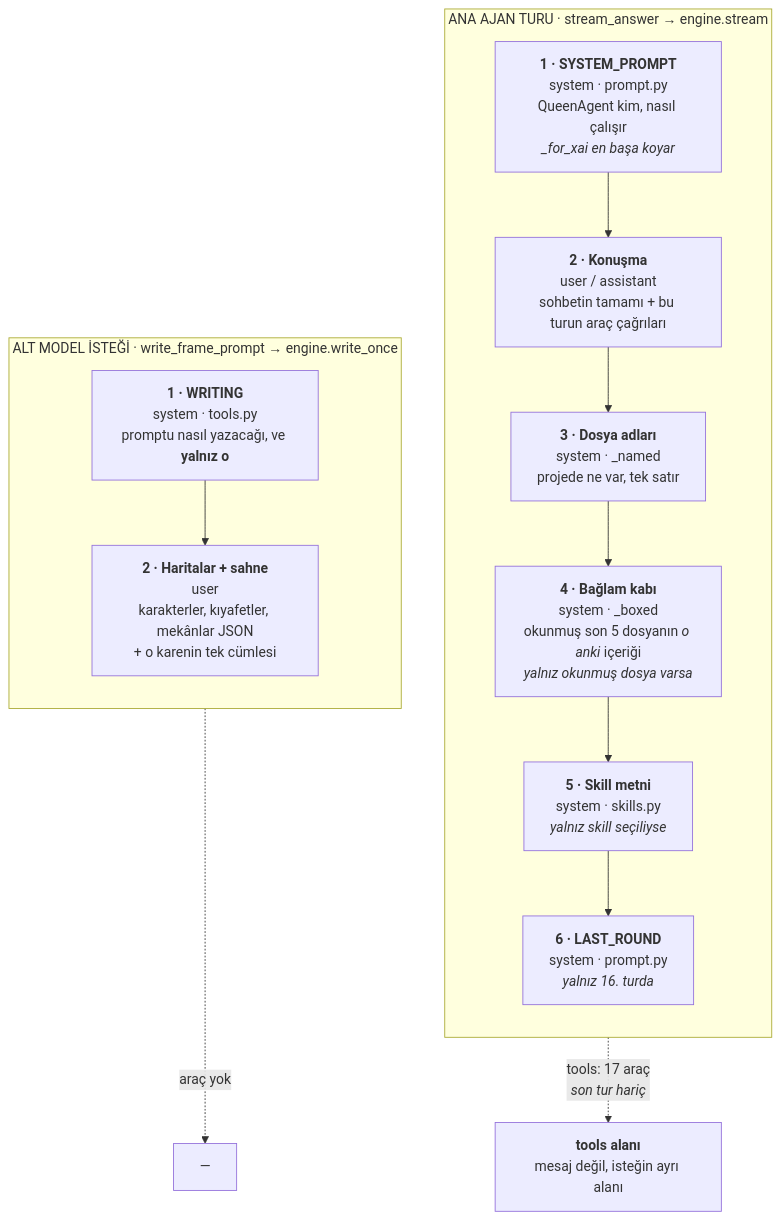
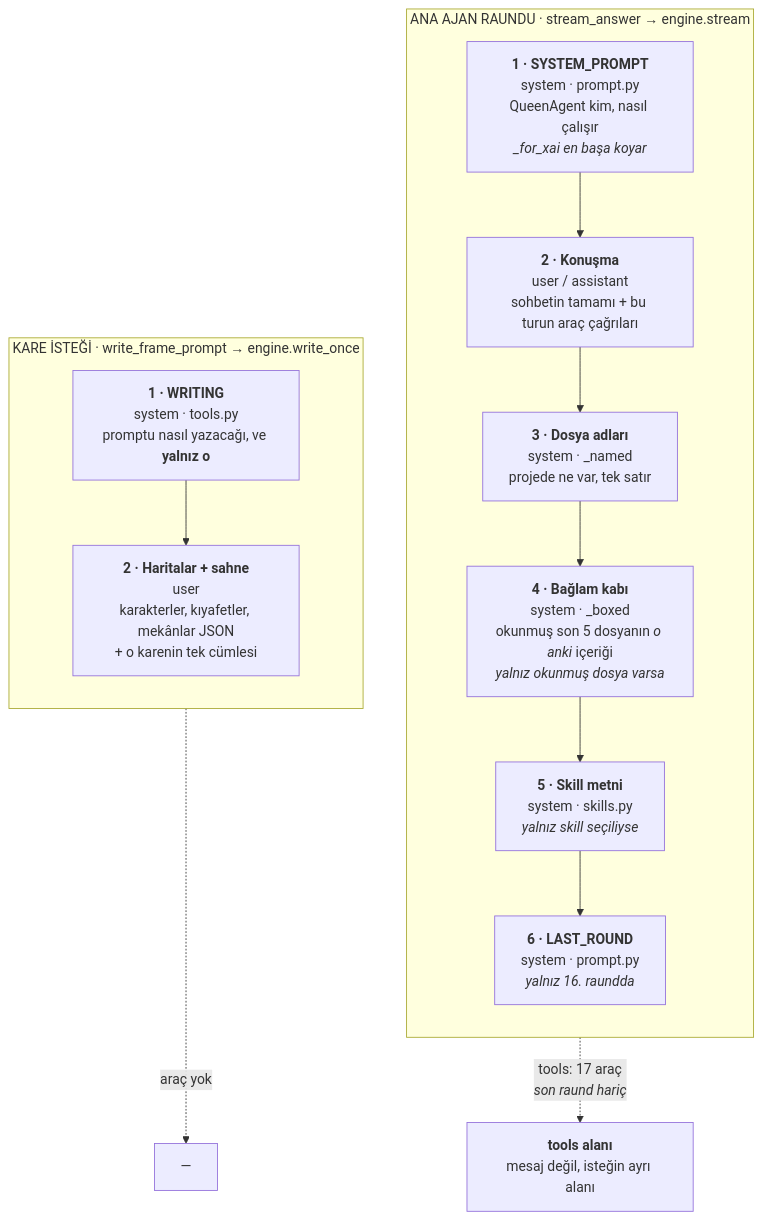
The diagram in docs/superpowers/research/2026-08-28-queenagent-promptlar.md (AltanBaysal/Internal-tools), drawn with Mermaid before and after one commit. The commit also changed other lines of this file, not shown here.

````diff
--- a/docs/superpowers/research/2026-08-28-queenagent-promptlar.md
+++ b/docs/superpowers/research/2026-08-28-queenagent-promptlar.md
@@ -17,21 +21,21 @@
 ```mermaid
 flowchart TB
-    subgraph A["ANA AJAN TURU · stream_answer → engine.stream"]
+    subgraph A["ANA AJAN RAUNDU · stream_answer → engine.stream"]
         direction TB
         A1["<b>1 · SYSTEM_PROMPT</b><br/>system · prompt.py<br/>QueenAgent kim, nasıl çalışır<br/><i>_for_xai en başa koyar</i>"]
         A2["<b>2 · Konuşma</b><br/>user / assistant<br/>sohbetin tamamı + bu turun araç çağrıları"]
         A3["<b>3 · Dosya adları</b><br/>system · _named<br/>projede ne var, tek satır"]
         A4["<b>4 · Bağlam kabı</b><br/>system · _boxed<br/>okunmuş son 5 dosyanın <i>o anki</i> içeriği<br/><i>yalnız okunmuş dosya varsa</i>"]
         A5["<b>5 · Skill metni</b><br/>system · skills.py<br/><i>yalnız skill seçiliyse</i>"]
-        A6["<b>6 · LAST_ROUND</b><br/>system · prompt.py<br/><i>yalnız 16. turda</i>"]
+        A6["<b>6 · LAST_ROUND</b><br/>system · prompt.py<br/><i>yalnız 16. raundda</i>"]
         A1 --> A2 --> A3 --> A4 --> A5 --> A6
     end
-    subgraph B["ALT MODEL İSTEĞİ · write_frame_prompt → engine.write_once"]
+    subgraph B["KARE İSTEĞİ · write_frame_prompt → engine.write_once"]
         direction TB
         B1["<b>1 · WRITING</b><br/>system · tools.py<br/>promptu nasıl yazacağı, ve <b>yalnız o</b>"]
         B2["<b>2 · Haritalar + sahne</b><br/>user<br/>karakterler, kıyafetler, mekânlar JSON<br/>+ o karenin tek cümlesi"]
         B1 --> B2
     end
-    A -.->|"tools: 17 araç<br/><i>son tur hariç</i>"| T["<b>tools alanı</b><br/>mesaj değil, isteğin ayrı alanı"]
+    A -.->|"tools: 17 araç<br/><i>son raund hariç</i>"| T["<b>tools alanı</b><br/>mesaj değil, isteğin ayrı alanı"]
     B -.->|"araç yok"| N["—"]
 ```
````
